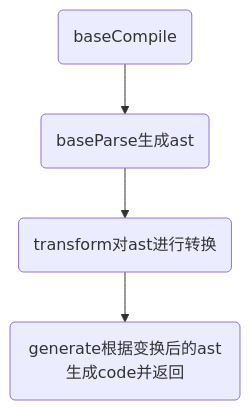
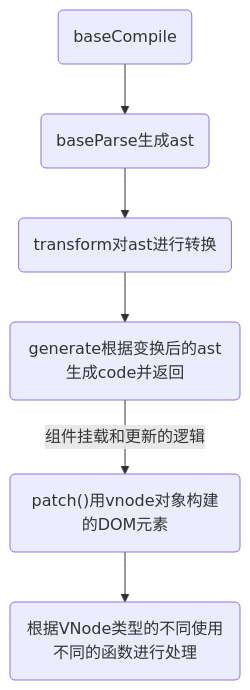
Before and after one commit to huiruo/programming-technology: the first of 7 diagrams in A-Vue/00-1-源码-baseCompile生成ast-静态提升-vnode-patch.md, drawn with Mermaid. The commit also changed other lines of this file and 7 other files, not shown here.

````diff
--- a/A-Vue/00-1-源码-baseCompile生成ast-静态提升-vnode-patch.md
+++ b/A-Vue/00-1-源码-baseCompile生成ast-静态提升-vnode-patch.md
@@ -2,6 +6,6 @@
 ```mermaid
 flowchart TD
 A1(baseCompile)-->A2(baseParse生成ast)-->A3(transform对ast进行转换)
 
-A3-->A4(generate根据变换后的ast生成code并返回)
+A3-->A4(generate根据变换后的ast生成code并返回)--组件挂载和更新的逻辑-->A5("patch()用vnode对象构建的DOM元素")-->A6("根据VNode类型的不同使用不同的函数进行处理")
 ```
````
